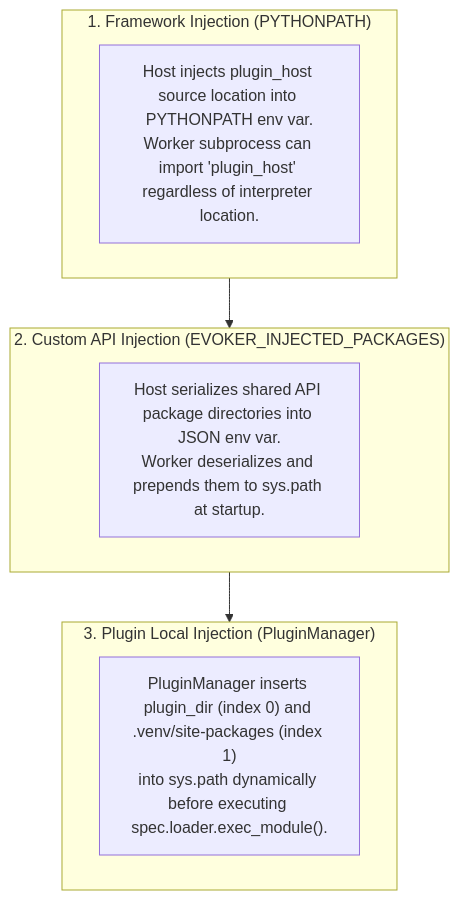
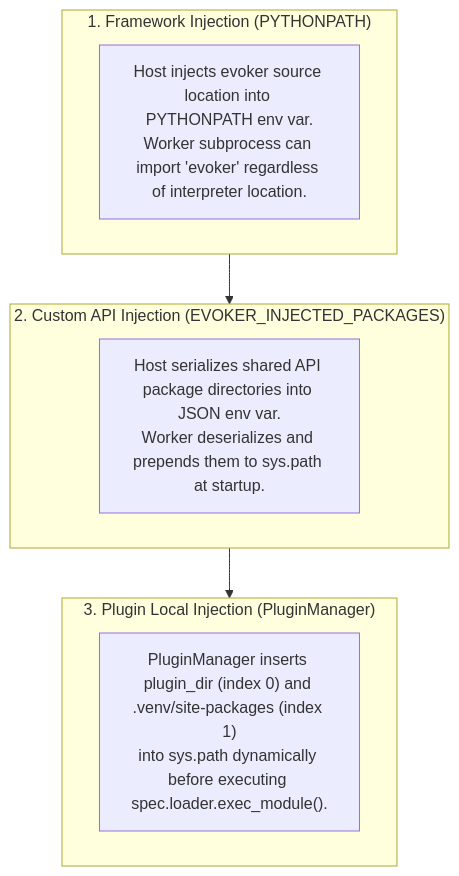
The fourth of 4 diagrams in doc/docs/architecture/overview.md (vxlk/evoker), drawn with Mermaid before and after one commit. The commit also changed other lines of this file and 85 other files, not shown here.

````diff
--- a/doc/docs/architecture/overview.md
+++ b/doc/docs/architecture/overview.md
@@ -158,16 +158,16 @@
 ```mermaid
 flowchart TB
     subgraph Layer1["1. Framework Injection (PYTHONPATH)"]
-        L1_Desc["Host injects plugin_host source location into PYTHONPATH env var.<br/>Worker subprocess can import 'plugin_host' regardless of interpreter location."]
+        L1_Desc["Host injects evoker source location into PYTHONPATH env var.<br/>Worker subprocess can import 'evoker' regardless of interpreter location."]
     end
 
     subgraph Layer2["2. Custom API Injection (EVOKER_INJECTED_PACKAGES)"]
         L2_Desc["Host serializes shared API package directories into JSON env var.<br/>Worker deserializes and prepends them to sys.path at startup."]
     end
 
     subgraph Layer3["3. Plugin Local Injection (PluginManager)"]
         L3_Desc["PluginManager inserts plugin_dir (index 0) and .venv/site-packages (index 1)<br/>into sys.path dynamically before executing spec.loader.exec_module()."]
     end
 
     Layer1 --> Layer2 --> Layer3
 ```
````
